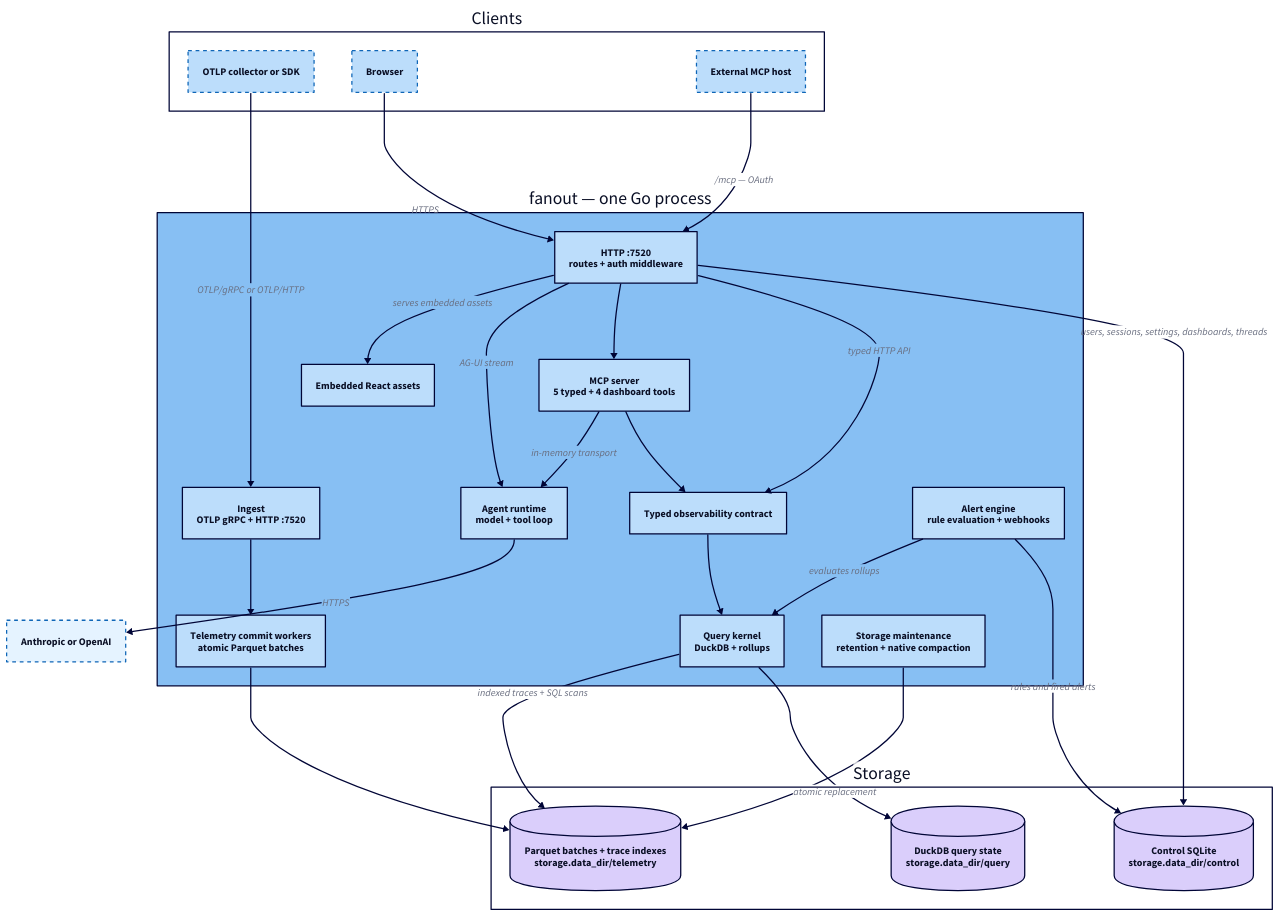
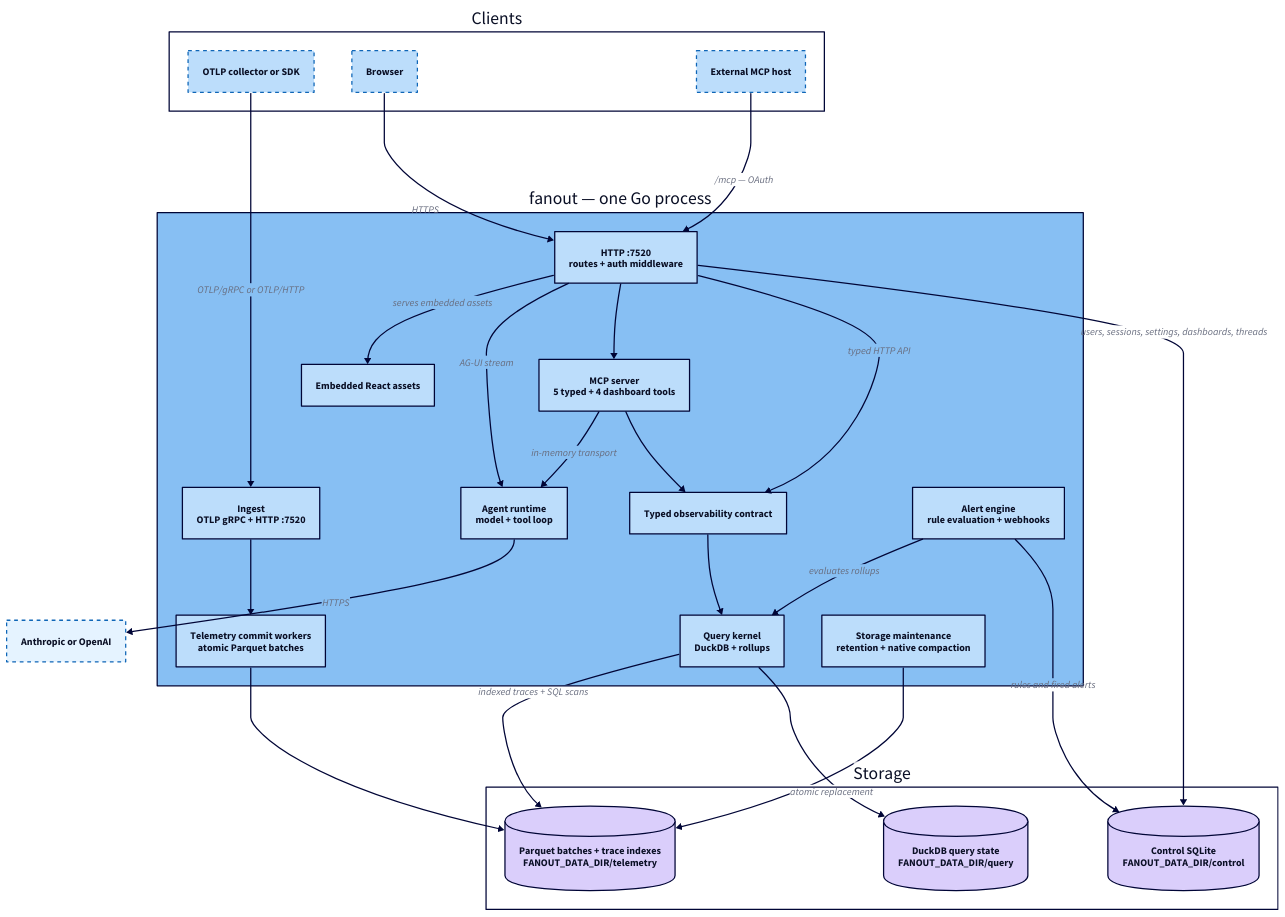
One commit to labstack/fanout changed the diagram in docs/diagrams/architecture.d2. Above: the diagram before and after it, drawn with D2. The commit also changed 57 other files, not shown here.

```diff
--- a/docs/diagrams/architecture.d2
+++ b/docs/diagrams/architecture.d2
@@ -1,64 +1,64 @@
 # Fanout runtime architecture: what one process owns, and how a request reaches
 # storage. Render with `just diagrams`; commit the SVG beside this file.
 
 vars: {
   d2-config: {
     layout-engine: dagre
     theme-id: 5
   }
 }
 
 direction: down
 
 clients: Clients {
   style.fill: transparent
   collector: "OTLP collector or SDK" {style.stroke-dash: 3}
   browser: Browser {style.stroke-dash: 3}
   ext: "External MCP host" {style.stroke-dash: 3}
 }
 
 fanout: "fanout — one Go process" {
   style.stroke-width: 2
 
   http: "HTTP :7520\nroutes + auth middleware"
   ingest: "Ingest\nOTLP gRPC + HTTP :7520"
   ui: "Embedded React assets"
   agent: "Agent runtime\nmodel + tool loop"
   mcp: "MCP server\n5 typed + 4 dashboard tools"
   obs: "Typed observability contract"
   commit: "Telemetry commit workers\natomic Parquet batches"
   query: "Query kernel\nDuckDB + rollups"
   maint: "Storage maintenance\nretention + native compaction"
   alert: "Alert engine\nrule evaluation + webhooks"
 
   ingest -> commit
   http -> ui: serves embedded assets
   http -> agent: AG-UI stream
   http -> mcp
   mcp -> agent: in-memory transport
   mcp -> obs
   http -> obs: typed HTTP API
   obs -> query
   alert -> query: evaluates rollups
 }
 
 store: Storage {
   style.fill: transparent
-  telemetry: "Parquet batches + trace indexes\nstorage.data_dir/telemetry" {shape: cylinder}
-  qstate: "DuckDB query state\nstorage.data_dir/query" {shape: cylinder}
-  control: "Control SQLite\nstorage.data_dir/control" {shape: cylinder}
+  telemetry: "Parquet batches + trace indexes\nFANOUT_DATA_DIR/telemetry" {shape: cylinder}
+  qstate: "DuckDB query state\nFANOUT_DATA_DIR/query" {shape: cylinder}
+  control: "Control SQLite\nFANOUT_DATA_DIR/control" {shape: cylinder}
 }
 
 model: "Anthropic or OpenAI" {style.stroke-dash: 3}
 
 clients.collector -> fanout.ingest: "OTLP/gRPC or OTLP/HTTP"
 clients.browser -> fanout.http: HTTPS
 clients.ext -> fanout.http: "/mcp — OAuth"
 
 fanout.commit -> store.telemetry
 fanout.query -> store.telemetry: "indexed traces + SQL scans"
 fanout.query -> store.qstate
 fanout.maint -> store.telemetry: "atomic replacement"
 fanout.http -> store.control: "users, sessions, settings, dashboards, threads"
 fanout.alert -> store.control: "rules and fired alerts"
 fanout.agent -> model: HTTPS
```
